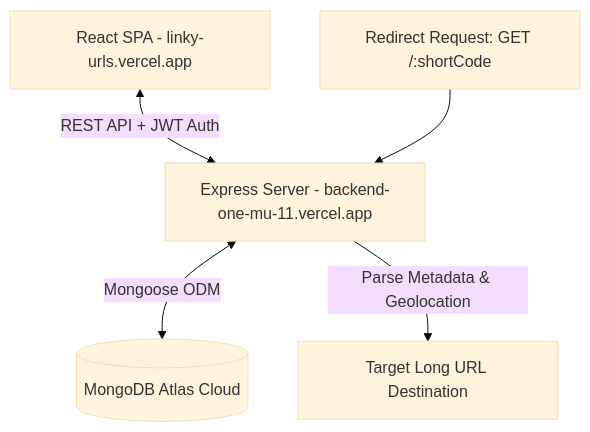
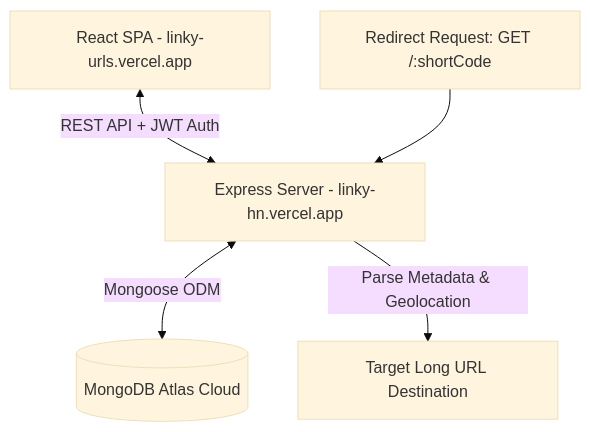
One commit to N4veen4/Linky changed the diagram in README.md. Above: the diagram before and after it, drawn with Mermaid (base theme). The commit also changed other lines of this file, not shown here.

Commit message:
Update backend URL references in README to linky-hn.vercel.app

````diff
--- a/README.md
+++ b/README.md
@@ -22,7 +22,7 @@
 ```mermaid
 graph TD
-    Client[React SPA - linky-urls.vercel.app] <-->|REST API + JWT Auth| Server[Express Server - backend-one-mu-11.vercel.app]
+    Client[React SPA - linky-urls.vercel.app] <-->|REST API + JWT Auth| Server[Express Server - linky-hn.vercel.app]
     Server <-->|Mongoose ODM| Atlas[(MongoDB Atlas Cloud)]
     Redirector[Redirect Request: GET /:shortCode] --> Server
     Server -->|Parse Metadata & Geolocation| Destination[Target Long URL Destination]
 ```
````
